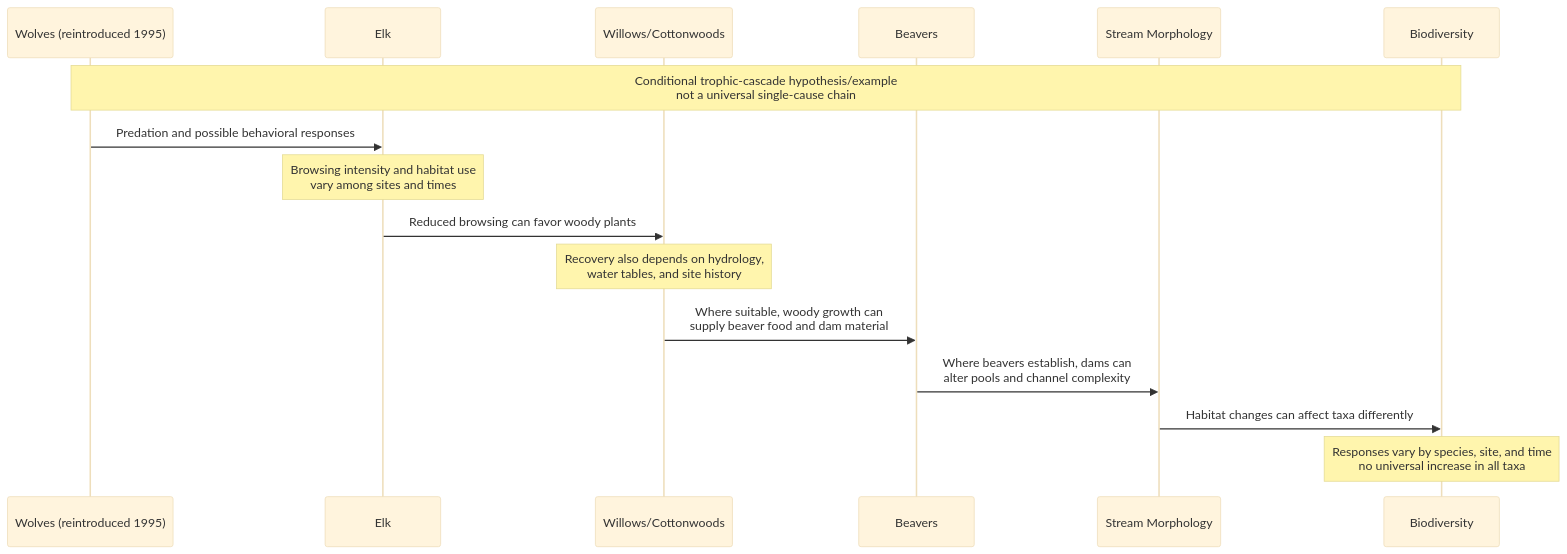
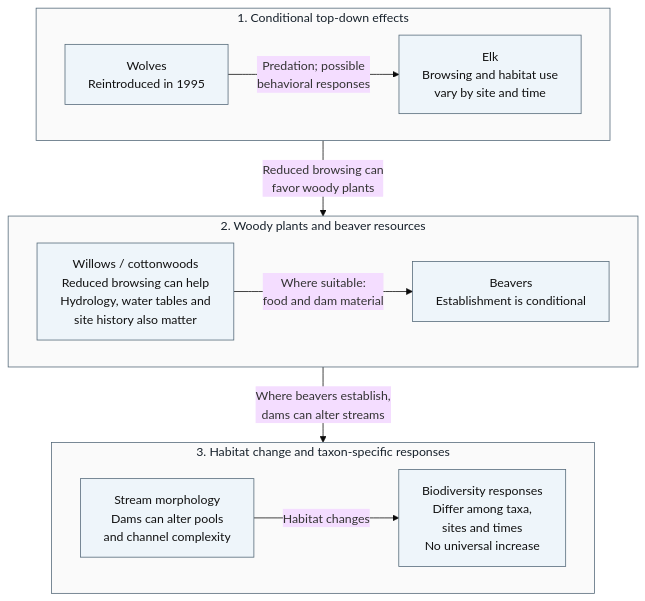
One commit to docxology/biology_textbook changed the second of 3 diagrams in docs/manuscript/unit_X/community_interactions.md. Above: the diagram before and after it, drawn with Mermaid (base theme). The commit also changed other lines of this file and 41 other files, not shown here.

````diff
--- a/docs/manuscript/unit_X/community_interactions.md
+++ b/docs/manuscript/unit_X/community_interactions.md
@@ -294,19 +294,26 @@
 ```mermaid
-sequenceDiagram
-    participant W as Wolves (reintroduced 1995)
-    participant E as Elk
-    participant V as Willows/Cottonwoods
-    participant B as Beavers
-    participant S as Stream Morphology
-    participant Bio as Biodiversity
-
-    Note over W,Bio: Conditional trophic-cascade hypothesis/example<br/>not a universal single-cause chain
-    W->>E: Predation and possible behavioral responses
-    Note over E: Browsing intensity and habitat use<br/>vary among sites and times
-    E->>V: Reduced browsing can favor woody plants
-    Note over V: Recovery also depends on hydrology,<br/>water tables, and site history
-    V->>B: Where suitable, woody growth can<br/>supply beaver food and dam material
-    B->>S: Where beavers establish, dams can<br/>alter pools and channel complexity
-    S->>Bio: Habitat changes can affect taxa differently
-    Note over Bio: Responses vary by species, site, and time<br/>no universal increase in all taxa
+---
+config:
+  layout: dagre
+---
+flowchart TD
+    subgraph Browsing["1. Conditional top-down effects"]
+        direction LR
+        W["Wolves<br/>Reintroduced in 1995"] -->|"Predation; possible<br/>behavioral responses"| E["Elk<br/>Browsing and habitat use<br/>vary by site and time"]
+    end
+    subgraph Vegetation["2. Woody plants and beaver resources"]
+        direction LR
+        V["Willows / cottonwoods<br/>Reduced browsing can help<br/>Hydrology, water tables and<br/>site history also matter"] -->|"Where suitable:<br/>food and dam material"| B["Beavers<br/>Establishment is conditional"]
+    end
+    subgraph Habitat["3. Habitat change and taxon-specific responses"]
+        direction LR
+        S["Stream morphology<br/>Dams can alter pools<br/>and channel complexity"] -->|"Habitat changes"| Bio["Biodiversity responses<br/>Differ among taxa,<br/>sites and times<br/>No universal increase"]
+    end
+    Browsing -->|"Reduced browsing can<br/>favor woody plants"| Vegetation
+    Vegetation -->|"Where beavers establish,<br/>dams can alter streams"| Habitat
+    classDef readable fill:#eef5fa,stroke:#526777,color:#111111
+    class W,E,V,B,S,Bio readable
+    style Browsing fill:#fafafa,stroke:#526777,color:#17212b
+    style Vegetation fill:#fafafa,stroke:#526777,color:#17212b
+    style Habitat fill:#fafafa,stroke:#526777,color:#17212b
 ```
````
